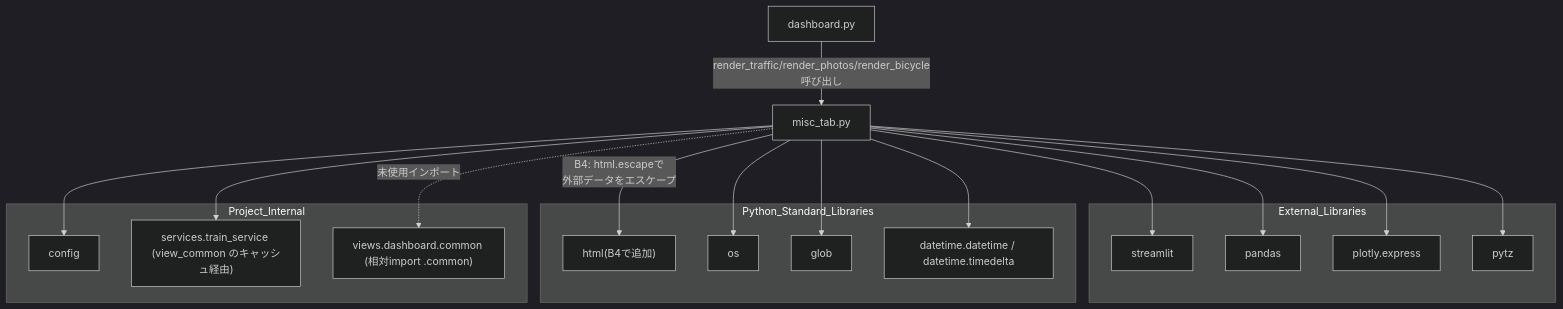
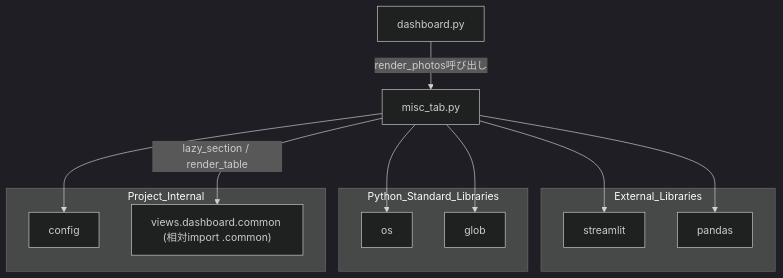
The second of 2 diagrams in docs/specifications/MY_HOME_SYSTEM/misc_tab.md (mmtigers/my_python_project), drawn with Mermaid (dark theme) before and after one commit. The commit also changed other lines of this file and 37 other files, not shown here.

````diff
--- a/docs/specifications/MY_HOME_SYSTEM/misc_tab.md
+++ b/docs/specifications/MY_HOME_SYSTEM/misc_tab.md
@@ -209,38 +93,28 @@
 ```mermaid
 graph TD
     MiscTabPy["misc_tab.py"]
 
     subgraph External_Libraries
         Streamlit["streamlit"]
         Pandas["pandas"]
-        PlotlyExpress["plotly.express"]
-        Pytz["pytz"]
     end
 
     subgraph Python_Standard_Libraries
-        Html["html(B4で追加)"]
         OS["os"]
         Glob["glob"]
-        DatetimeTimedelta["datetime.datetime / datetime.timedelta"]
     end
 
     subgraph Project_Internal
         Config["config"]
-        TrainService["services.train_service (view_common のキャッシュ経由)"]
         DashboardCommon["views.dashboard.common (相対import .common)"]
     end
 
     MiscTabPy --> Streamlit
     MiscTabPy --> Pandas
-    MiscTabPy --> PlotlyExpress
-    MiscTabPy --> Pytz
-    MiscTabPy -->|B4: html.escapeで<br>外部データをエスケープ| Html
     MiscTabPy --> OS
     MiscTabPy --> Glob
-    MiscTabPy --> DatetimeTimedelta
     MiscTabPy --> Config
-    MiscTabPy --> TrainService
-    MiscTabPy -.->|未使用インポート| DashboardCommon
+    MiscTabPy -->|lazy_section / render_table| DashboardCommon
 
-    Dashboard["dashboard.py"] -->|render_traffic/render_photos/render_bicycle呼び出し| MiscTabPy
+    Dashboard["dashboard.py"] -->|render_photos呼び出し| MiscTabPy
 ```
````
